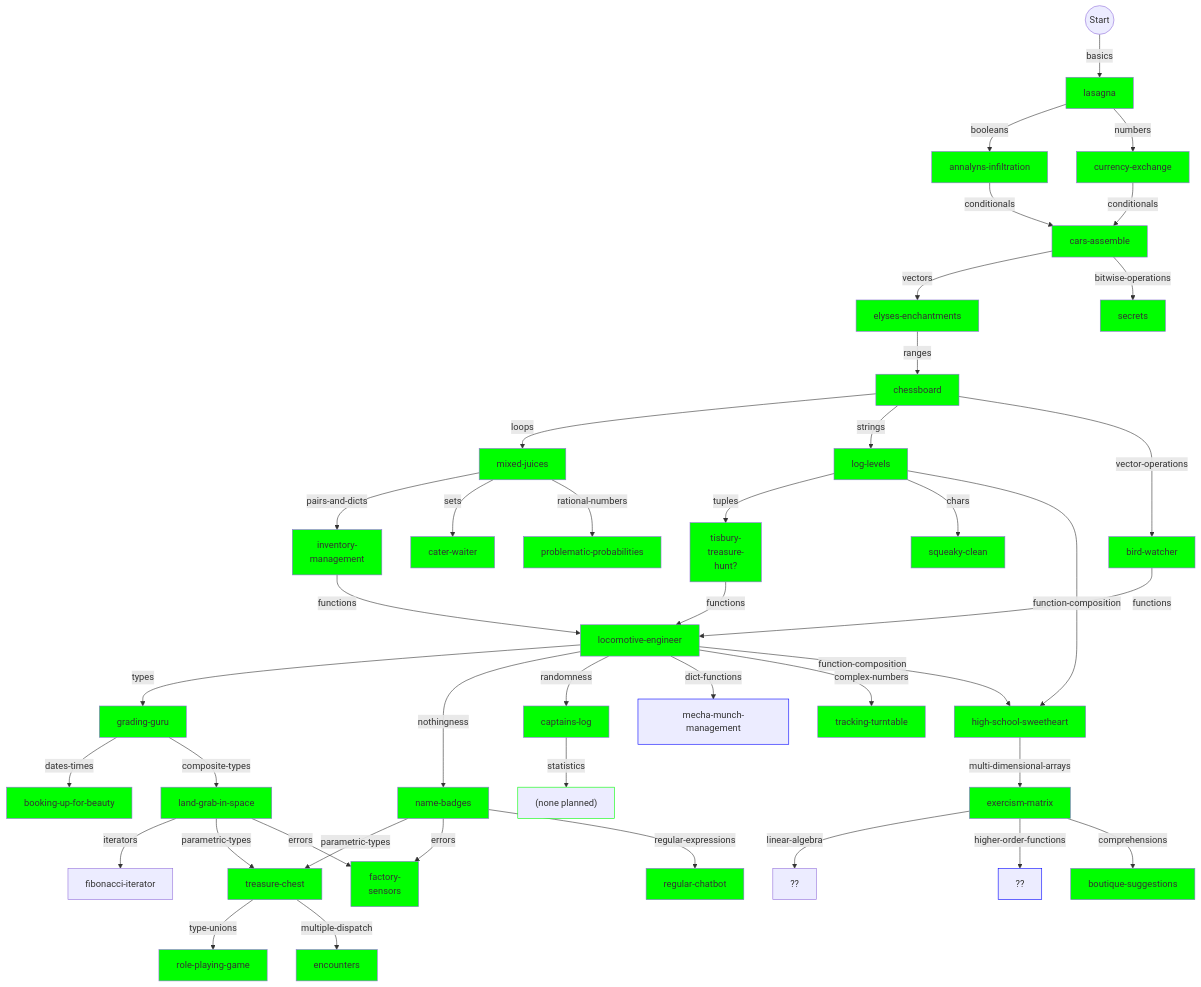
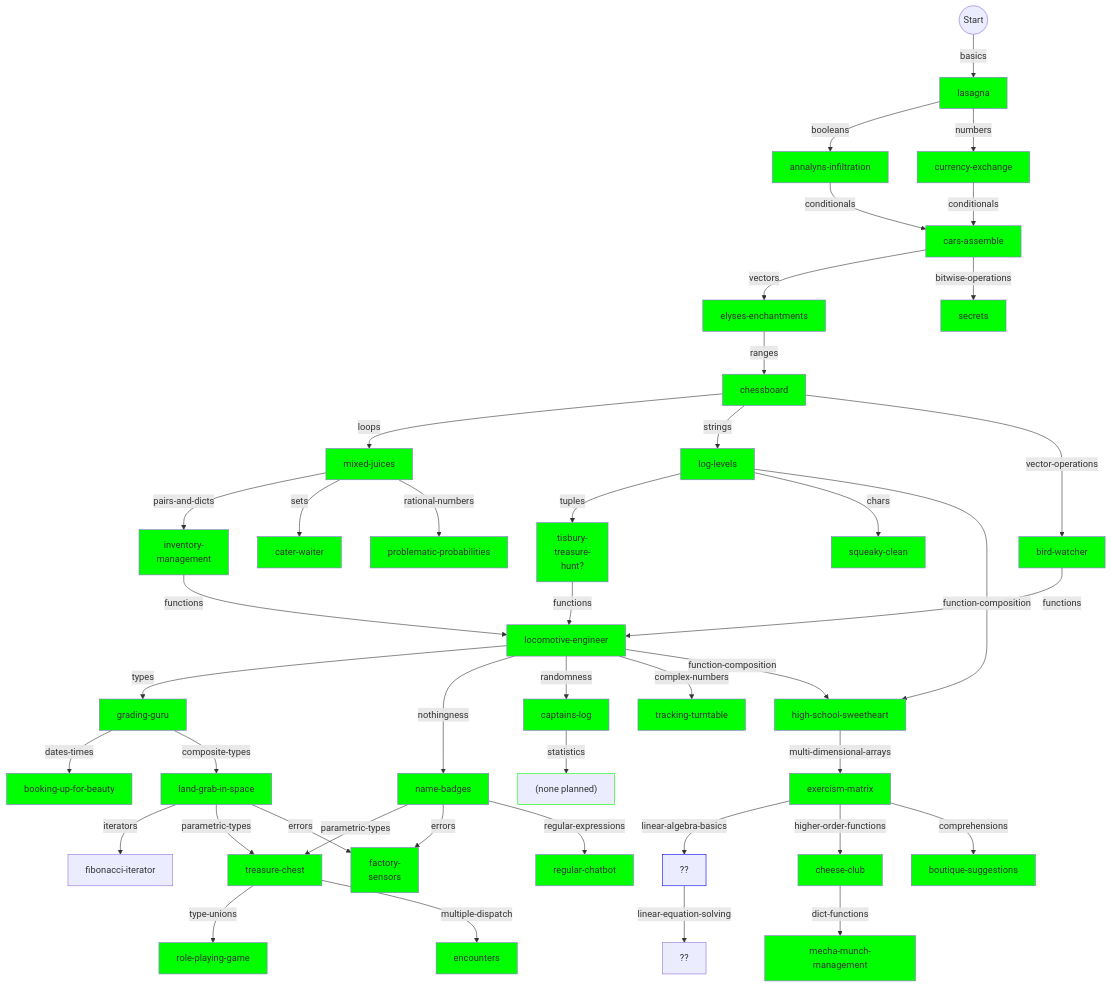
The diagram in julia/flowchart.md (colinleach/learning-track-doodles), drawn with Mermaid before and after one commit. The commit also changed 5 other files, not shown here.

```diff
--- a/julia/flowchart.md
+++ b/julia/flowchart.md
@@ -87,11 +87,14 @@
 function-composition --multi-dimensional-arrays--> multi-dimensional-arrays["exercism-matrix"]
 style multi-dimensional-arrays fill:#0f0
 
-multi-dimensional-arrays --linear-algebra--> linear-algebra["??"]
-%%style linear-algebra stroke:#00f
+multi-dimensional-arrays --linear-algebra-basics--> linear-algebra-basics["??"]
+style linear-algebra-basics stroke:#00f
 
-functions --dict-functions--> dict-functions["mecha-munch-management"]
-style dict-functions stroke:#00f
+linear-algebra-basics --linear-equation-solving--> linear-equation-solving["??"]
+%%style linear-equation-solving stroke:#00f
+
+higher-order-functions --dict-functions--> dict-functions["mecha-munch-management"]
+style dict-functions fill:#0f0
 
 pairs-and-dicts --functions--> functions["locomotive-engineer"]
 style functions fill:#0f0
@@ -102,8 +105,8 @@
 tuples --functions--> functions["locomotive-engineer"]
 style functions fill:#0f0
 
-multi-dimensional-arrays --higher-order-functions--> higher-order-functions["??"]
-style higher-order-functions stroke:#00f
+multi-dimensional-arrays --higher-order-functions--> higher-order-functions["cheese-club"]
+style higher-order-functions fill:#0f0
 
 parametric-types --multiple-dispatch--> multiple-dispatch["encounters"]
 style multiple-dispatch fill:#0f0
```
